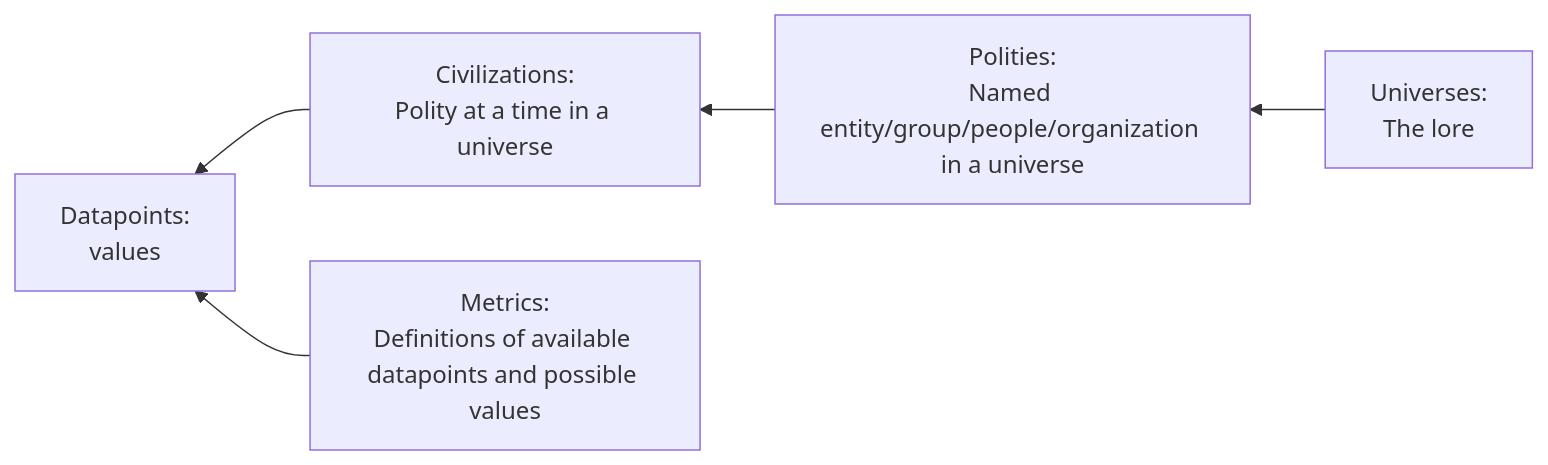
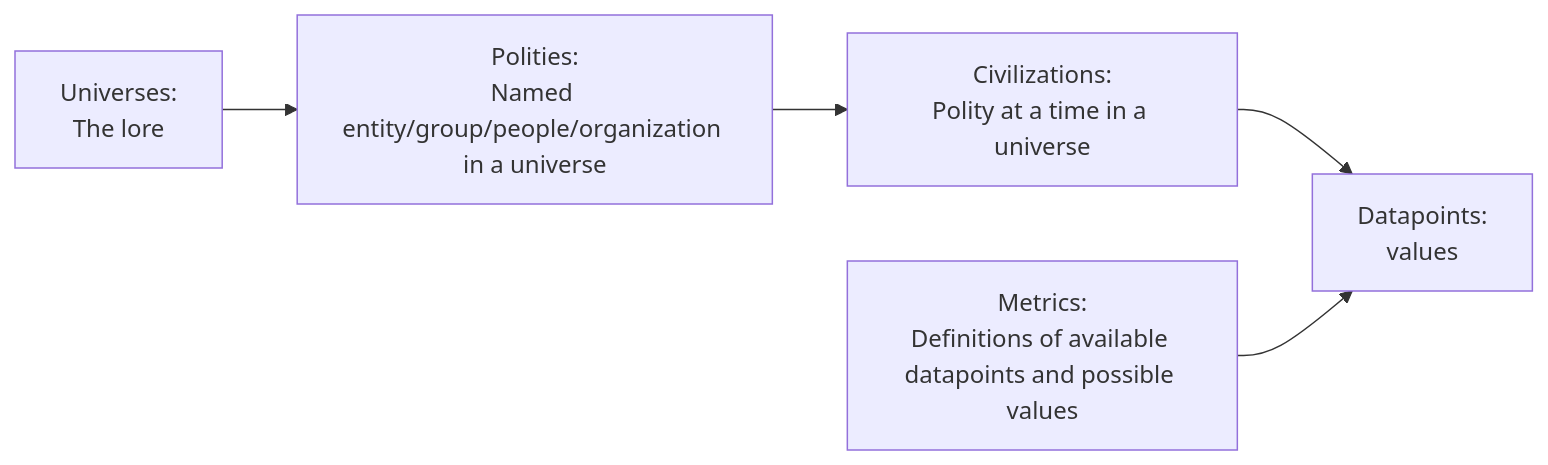
One commit to wolfspelz/futr changed the diagram in CLAUDE.md. Above: the diagram before and after it, drawn with Mermaid. The commit also changed other lines of this file and 2 other files, not shown here.

````diff
--- a/CLAUDE.md
+++ b/CLAUDE.md
@@ -38,13 +38,13 @@
 ```mermaid
-graph RL
+graph LR
     UNIVERSE["Universes:<br/>The lore"]
     POLITY["Polities:<br/>Named entity/group/people/organization in a universe"]
     CIVILIZATION["Civilizations:<br/>Polity at a time in a universe"]
     METRIC["Metrics:<br/>Definitions of available datapoints and possible values"]
     DATAPOINT["Datapoints:<br/>values"]
 
     UNIVERSE --> POLITY
     POLITY --> CIVILIZATION
     CIVILIZATION --> DATAPOINT
     METRIC --> DATAPOINT
 ```
````
